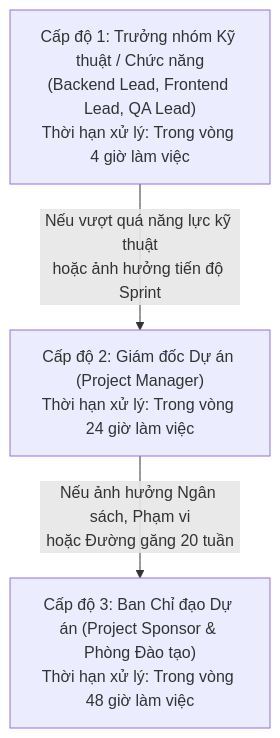
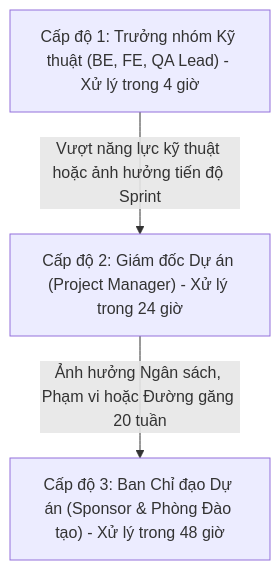
Before and after one commit to TanNguyen234/LMS: the diagram in docs/project-management/10_COMMUNICATION_PLAN.md, drawn with Mermaid. The commit also changed other lines of this file and 22 other files, not shown here.

First line of the commit message:
docs,scripts: reconcile 21-table architecture, PM coursework baselines, and Chrome E2E runners

````diff
--- a/docs/project-management/10_COMMUNICATION_PLAN.md
+++ b/docs/project-management/10_COMMUNICATION_PLAN.md
@@ -30,9 +30,9 @@
 ```mermaid
 flowchart TD
-    L1["Cấp độ 1: Trưởng nhóm Kỹ thuật / Chức năng\n(Backend Lead, Frontend Lead, QA Lead)\nThời hạn xử lý: Trong vòng 4 giờ làm việc"]
-    L2["Cấp độ 2: Giám đốc Dự án (Project Manager)\nThời hạn xử lý: Trong vòng 24 giờ làm việc"]
-    L3["Cấp độ 3: Ban Chỉ đạo Dự án (Project Sponsor & Phòng Đào tạo)\nThời hạn xử lý: Trong vòng 48 giờ làm việc"]
+    L1["Cấp độ 1: Trưởng nhóm Kỹ thuật (BE, FE, QA Lead) - Xử lý trong 4 giờ"]
+    L2["Cấp độ 2: Giám đốc Dự án (Project Manager) - Xử lý trong 24 giờ"]
+    L3["Cấp độ 3: Ban Chỉ đạo Dự án (Sponsor & Phòng Đào tạo) - Xử lý trong 48 giờ"]
 
-    L1 -->|Nếu vượt quá năng lực kỹ thuật\nhoặc ảnh hưởng tiến độ Sprint| L2
-    L2 -->|Nếu ảnh hưởng Ngân sách, Phạm vi\nhoặc Đường găng 20 tuần| L3
+    L1 -->|"Vượt năng lực kỹ thuật hoặc ảnh hưởng tiến độ Sprint"| L2
+    L2 -->|"Ảnh hưởng Ngân sách, Phạm vi hoặc Đường găng 20 tuần"| L3
 ```
````
